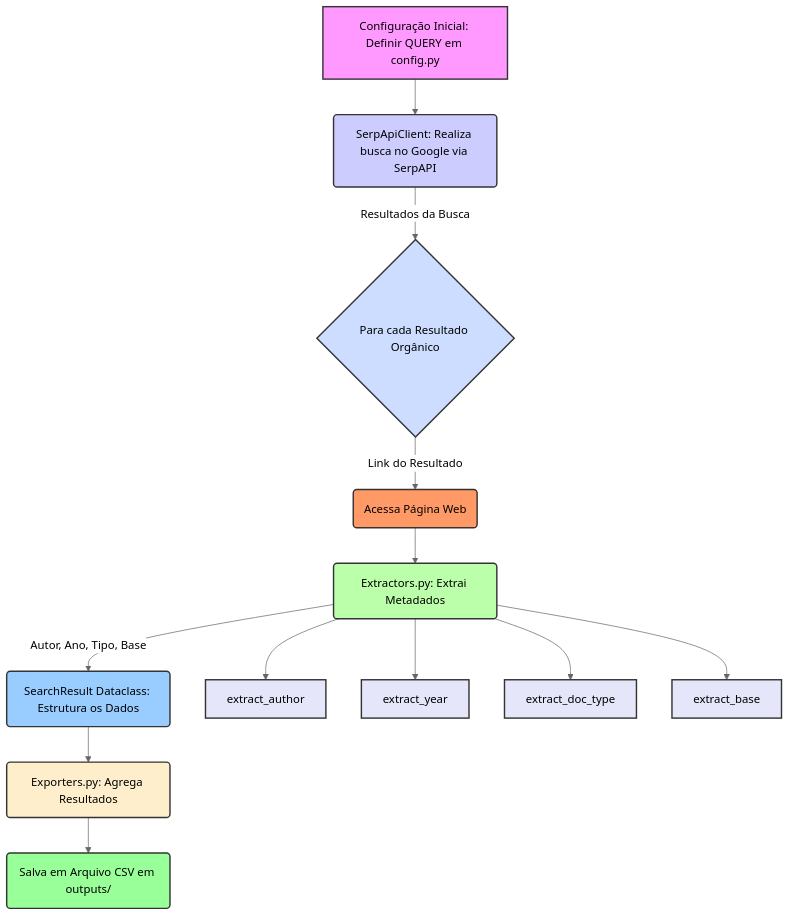
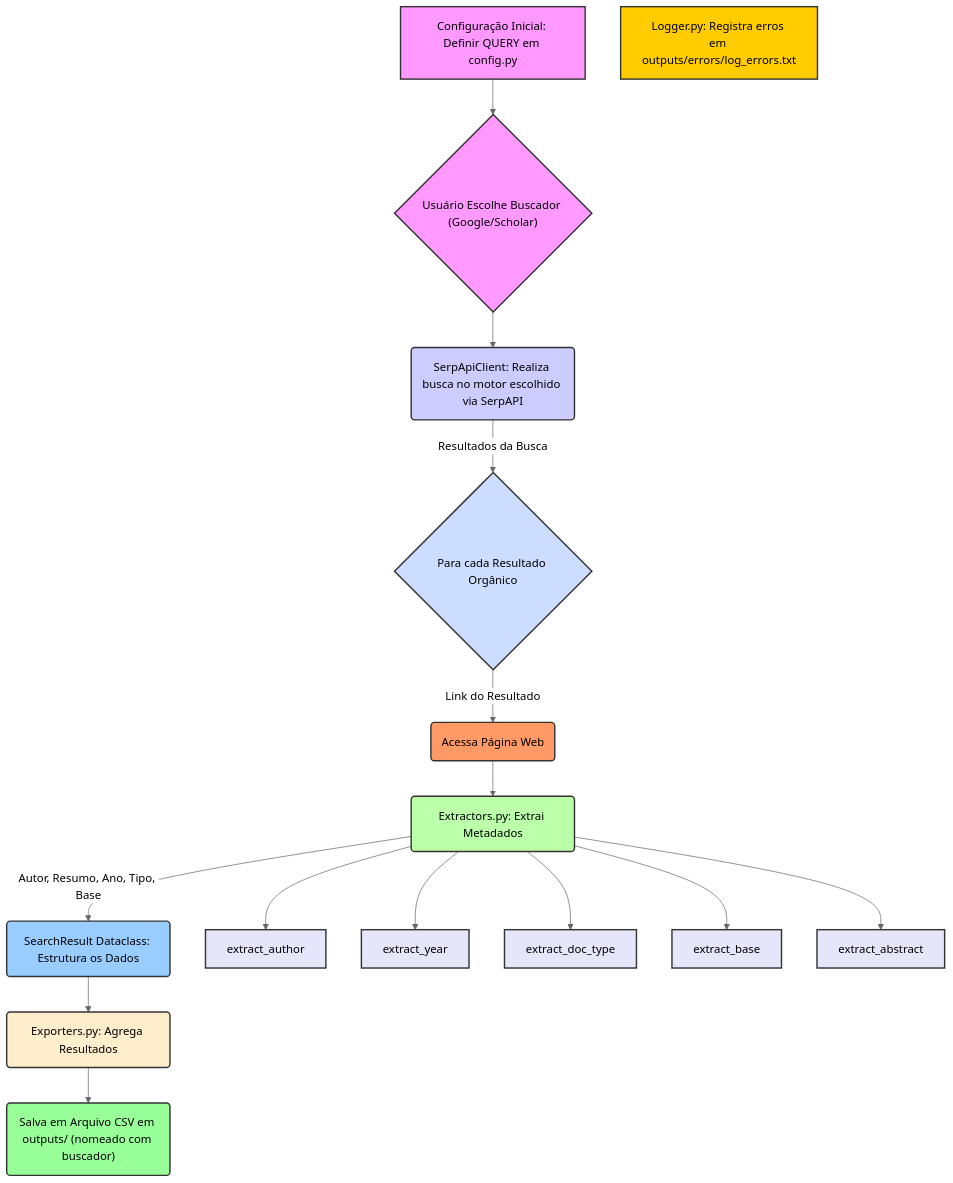
One commit to italomanzine/SoftScrape changed the diagram in README.md. Above: the diagram before and after it, drawn with Mermaid (neutral theme). The commit also changed other lines of this file and 12 other files, not shown here.

Commit message:
feat: Enhance SoftScrape functionality with Google Scholar support, improved metadata extraction, and error logging

````diff
--- a/README.md
+++ b/README.md
@@ -93,28 +108,34 @@
 ```mermaid
 graph TD
-    A["Configuração Inicial: Definir QUERY em config.py"] --> B("SerpApiClient: Realiza busca no Google via SerpAPI");
+    A["Configuração Inicial: Definir QUERY em config.py"] --> A1{"Usuário Escolhe Buscador (Google/Scholar)"};
+    A1 --> B("SerpApiClient: Realiza busca no motor escolhido via SerpAPI");
     B -- "Resultados da Busca" --> C{"Para cada Resultado Orgânico"};
     C -- "Link do Resultado" --> D("Acessa Página Web");
     D --> E("Extractors.py: Extrai Metadados");
-    E -- "Autor, Ano, Tipo, Base" --> F("SearchResult Dataclass: Estrutura os Dados");
+    E -- "Autor, Resumo, Ano, Tipo, Base" --> F("SearchResult Dataclass: Estrutura os Dados");
     F --> G("Exporters.py: Agrega Resultados");
-    G --> H("Salva em Arquivo CSV em outputs/");
+    G --> H("Salva em Arquivo CSV em outputs/ (nomeado com buscador)");
+    Z["Logger.py: Registra erros em outputs/errors/log_errors.txt"];
 
     E --> E1["extract_author"];
     E --> E2["extract_year"];
     E --> E3["extract_doc_type"];
     E --> E4["extract_base"];
+    E --> E5["extract_abstract"];
 
     style A fill:#f9f,stroke:#333,stroke-width:2px;
+    style A1 fill:#f9f,stroke:#333,stroke-width:2px;
     style B fill:#ccf,stroke:#333,stroke-width:2px;
     style C fill:#cdf,stroke:#333,stroke-width:2px;
     style D fill:#f96,stroke:#333,stroke-width:2px;
     style E fill:#bfa,stroke:#333,stroke-width:2px;
     style F fill:#9cf,stroke:#333,stroke-width:2px;
     style G fill:#fec,stroke:#333,stroke-width:2px;
     style H fill:#9f9,stroke:#333,stroke-width:2px;
+    style Z fill:#ffcc00,stroke:#333,stroke-width:2px;
     style E1 fill:#e6e6fa,stroke:#333,stroke-width:2px;
     style E2 fill:#e6e6fa,stroke:#333,stroke-width:2px;
     style E3 fill:#e6e6fa,stroke:#333,stroke-width:2px;
     style E4 fill:#e6e6fa,stroke:#333,stroke-width:2px;
+    style E5 fill:#e6e6fa,stroke:#333,stroke-width:2px;
 ```
````
